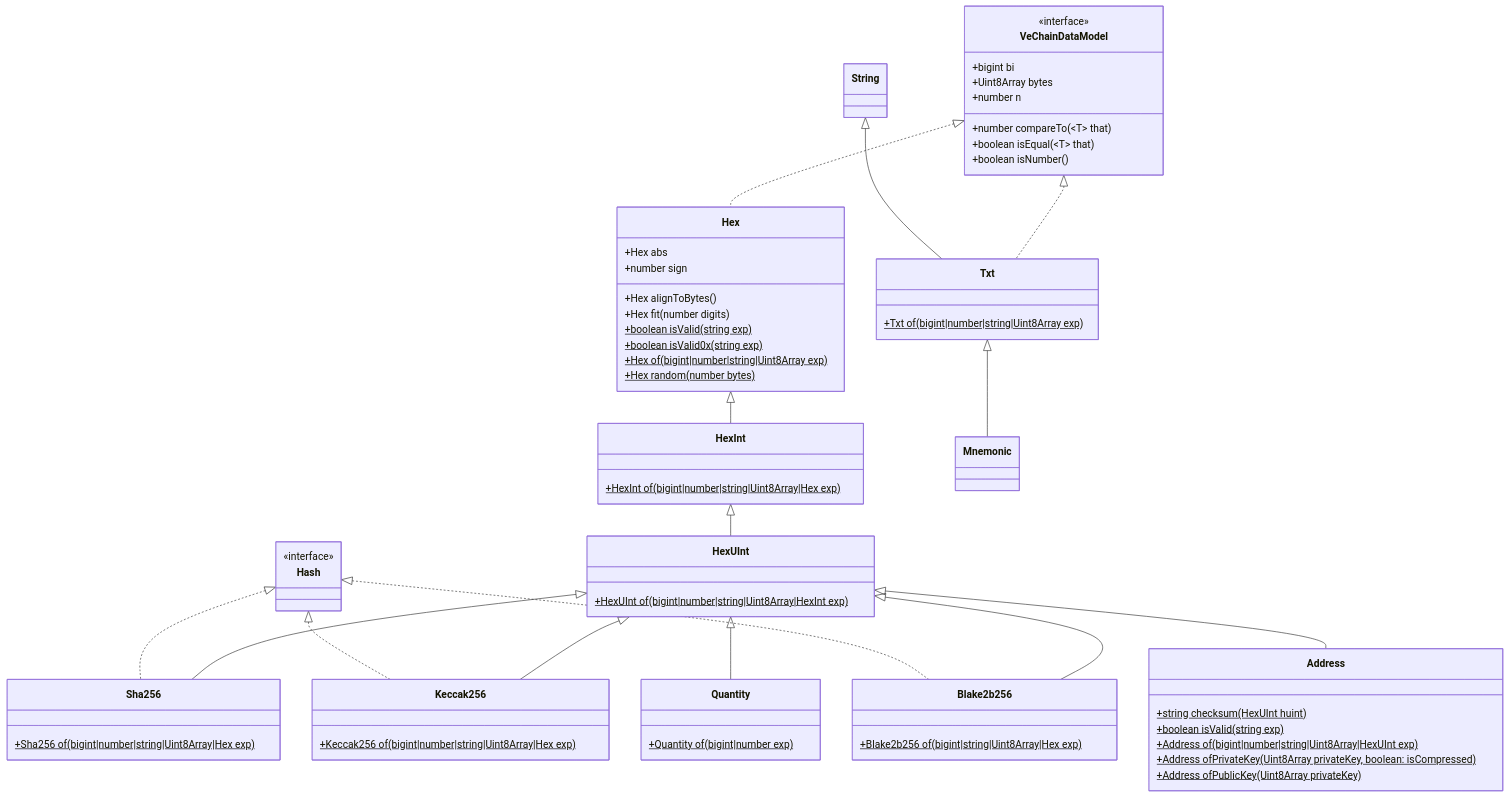
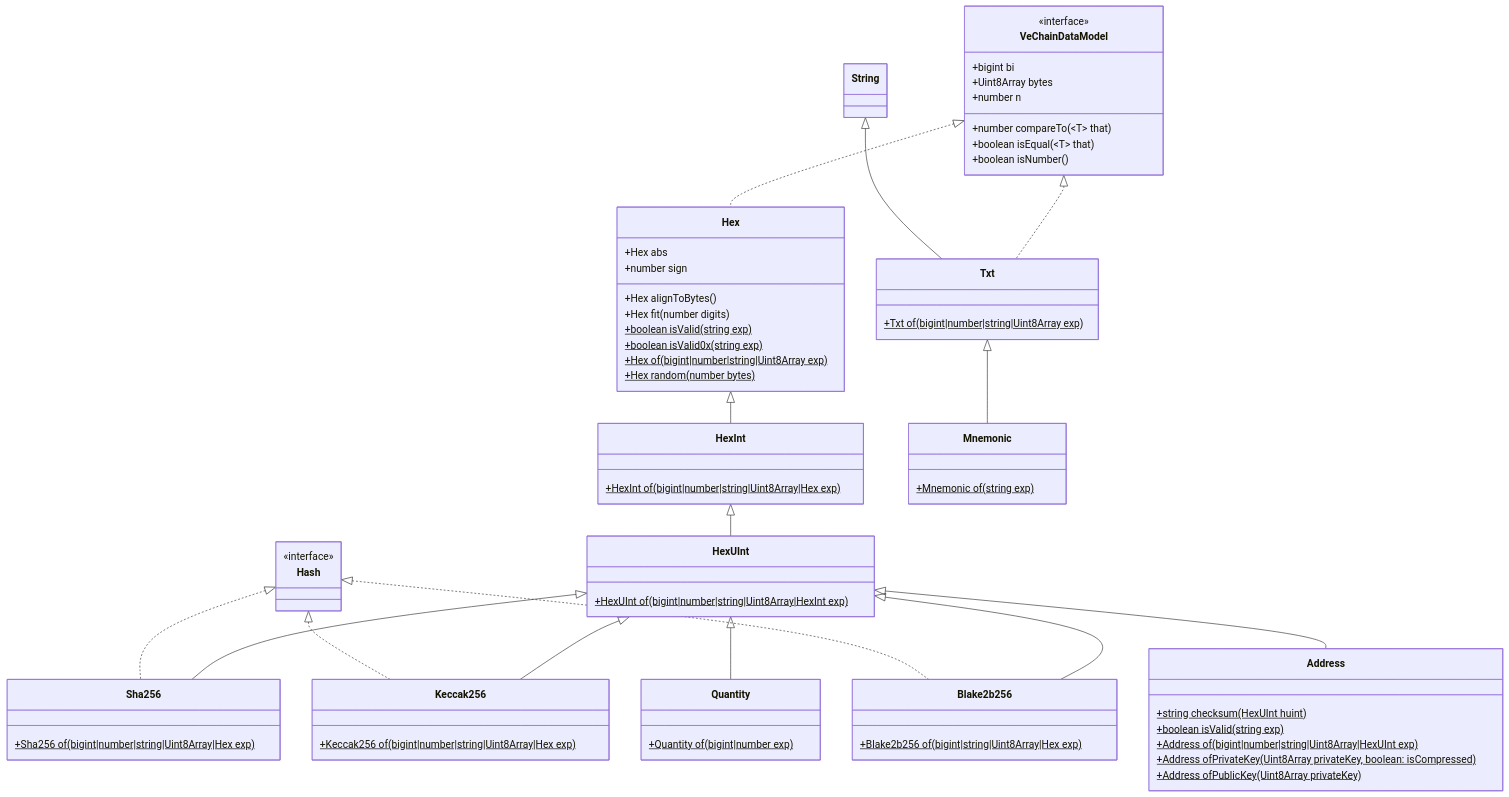
The diagram in docs/diagrams/architecture/vcdm.md (vechain/vechain-sdk-js), drawn with Mermaid before and after one commit.

Commit message:
feat: modified class diagram

````diff
--- a/docs/diagrams/architecture/vcdm.md
+++ b/docs/diagrams/architecture/vcdm.md
@@ -1,69 +1,71 @@
 ```mermaid
 classDiagram
     class Address {
         +string checksum(HexUInt huint)$
         +boolean isValid(string exp)$
         +Address of(bigint|number|string|Uint8Array|HexUInt exp)$
         +Address ofPrivateKey(Uint8Array privateKey, boolean: isCompressed)$
         +Address ofPublicKey(Uint8Array privateKey)$
     }
     class Blake2b256 {
         +Blake2b256 of(bigint|string|Uint8Array|Hex exp)$
     }
     class Hash {
         <<interface>>
     }
     class Hex {
         +Hex abs
         +number sign
         +Hex alignToBytes()
         +Hex fit(number digits)
         +boolean isValid(string exp)$
         +boolean isValid0x(string exp)$
         +Hex of(bigint|number|string|Uint8Array exp)$
         +Hex random(number bytes)$
     }
     class HexInt {
         +HexInt of(bigint|number|string|Uint8Array|Hex exp)$
     }
     class HexUInt {
         +HexUInt of(bigint|number|string|Uint8Array|HexInt exp)$
     }
     class Keccak256 {
         +Keccak256 of(bigint|number|string|Uint8Array|Hex exp)$
     }
-    class Mnemonic
+    class Mnemonic {
+        +Mnemonic of(string exp)$
+    }
     class Quantity {
         +Quantity of(bigint|number exp)$
     }
     class Sha256 {
         +Sha256 of(bigint|number|string|Uint8Array|Hex exp)$
     }
     class String
     class Txt {
         +Txt of(bigint|number|string|Uint8Array exp)$
     }
     class VeChainDataModel{
         <<interface>>
       +bigint bi
       +Uint8Array bytes
       +number n
       +number compareTo(~T~ that)
       +boolean isEqual(~T~ that)
       +boolean isNumber()
     }
     Hash <|.. Blake2b256
     Hash <|.. Keccak256
     Hash <|.. Sha256
     Hex <|-- HexInt
     HexInt <|-- HexUInt
     HexUInt <|-- Address
     HexUInt <|-- Blake2b256
     HexUInt <|-- Keccak256
     HexUInt <|-- Quantity
     HexUInt <|-- Sha256
     String <|-- Txt
     Txt <|-- Mnemonic
     VeChainDataModel <|.. Hex
     VeChainDataModel <|.. Txt
 ```
````
